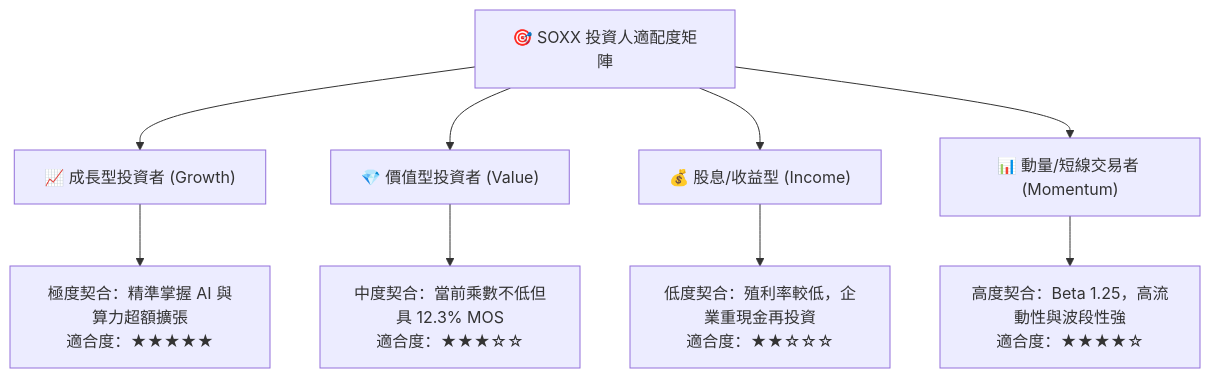
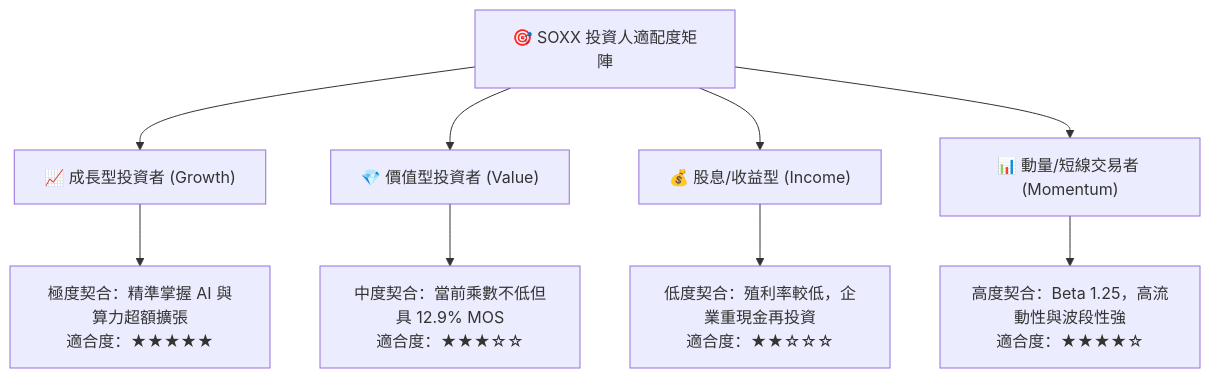
Diagram 15 of 15 in ai_gen_report/fundamental/soxx/fundamental_analysis_2026-10-18_gemini.md (yennanliu/finance_data), drawn with Mermaid before and after one commit. The commit also changed other lines of this file and 339 other files, not shown here.

````diff
--- a/ai_gen_report/fundamental/soxx/fundamental_analysis_2026-10-18_gemini.md
+++ b/ai_gen_report/fundamental/soxx/fundamental_analysis_2026-10-18_gemini.md
@@ -1068,14 +1083,14 @@
 ```mermaid
 graph TD
     INV["🎯 SOXX 投資人適配度矩陣"]
 
     INV --> G["📈 成長型投資者 (Growth)"]
     INV --> V["💎 價值型投資者 (Value)"]
     INV --> D["💰 股息/收益型 (Income)"]
     INV --> T["📊 動量/短線交易者 (Momentum)"]
 
     G --> G1["極度契合：精準掌握 AI 與算力超額擴張<br/>適合度：★★★★★"]
-    V --> V1["中度契合：當前乘數不低但具 12.3% MOS<br/>適合度：★★★☆☆"]
+    V --> V1["中度契合：當前乘數不低但具 12.9% MOS<br/>適合度：★★★☆☆"]
     D --> D1["低度契合：殖利率較低，企業重現金再投資<br/>適合度：★★☆☆☆"]
     T --> T1["高度契合：Beta 1.25，高流動性與波段性強<br/>適合度：★★★★☆"]
 ```
````
